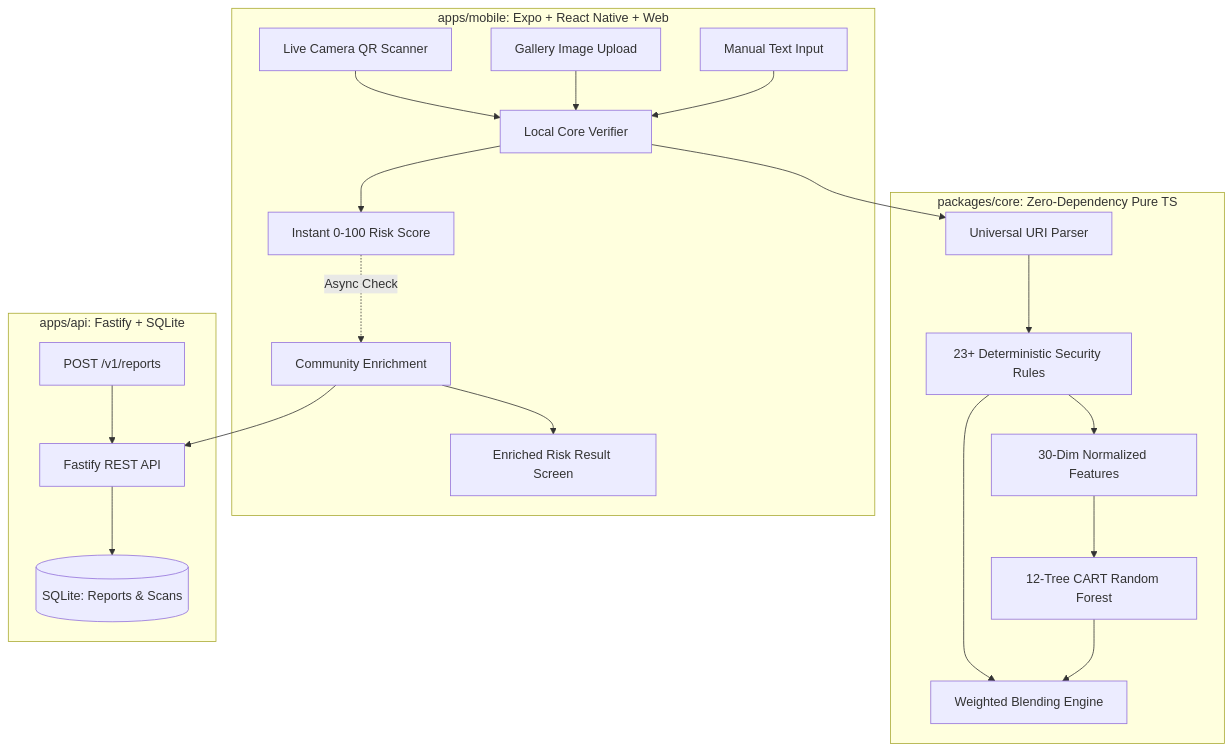
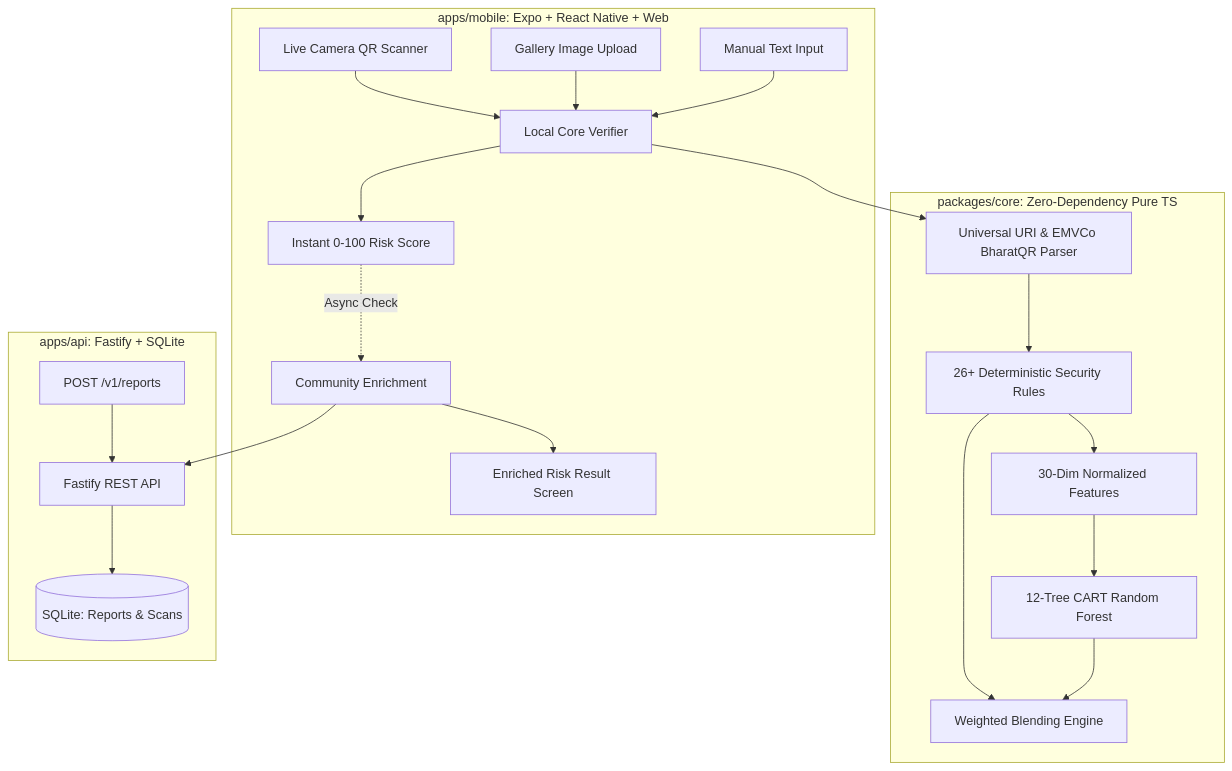
One commit to ChandrashekharaKM/UPI_QR_Verifier changed the first of 3 diagrams in README.md. Above: the diagram before and after it, drawn with Mermaid. The commit also changed other lines of this file and 5 other files, not shown here.

````diff
--- a/README.md
+++ b/README.md
@@ -17,26 +17,26 @@
 ```mermaid
 graph TD
     subgraph Client Application [apps/mobile: Expo + React Native + Web]
         Camera[Live Camera QR Scanner] --> CoreVerifier[Local Core Verifier]
         Gallery[Gallery Image Upload] --> CoreVerifier
         Manual[Manual Text Input] --> CoreVerifier
         CoreVerifier --> InstantResult[Instant 0-100 Risk Score]
         InstantResult -.->|Async Check| APIEnrichment[Community Enrichment]
         APIEnrichment --> FinalResult[Enriched Risk Result Screen]
     end
 
     subgraph Core Engine [packages/core: Zero-Dependency Pure TS]
-        CoreVerifier --> Parser[Universal URI Parser]
-        Parser --> RuleEngine[23+ Deterministic Security Rules]
+        CoreVerifier --> Parser[Universal URI & EMVCo BharatQR Parser]
+        Parser --> RuleEngine[26+ Deterministic Security Rules]
         RuleEngine --> FeatureExtractor[30-Dim Normalized Features]
         FeatureExtractor --> MLInference[12-Tree CART Random Forest]
         RuleEngine --> Scorer[Weighted Blending Engine]
         MLInference --> Scorer
     end
 
     subgraph Backend Service [apps/api: Fastify + SQLite]
         APIEnrichment --> FastifyAPI[Fastify REST API]
         FastifyAPI --> SQLite[(SQLite: Reports & Scans)]
         ReportsRoute[POST /v1/reports] --> FastifyAPI
     end
 ```
````
